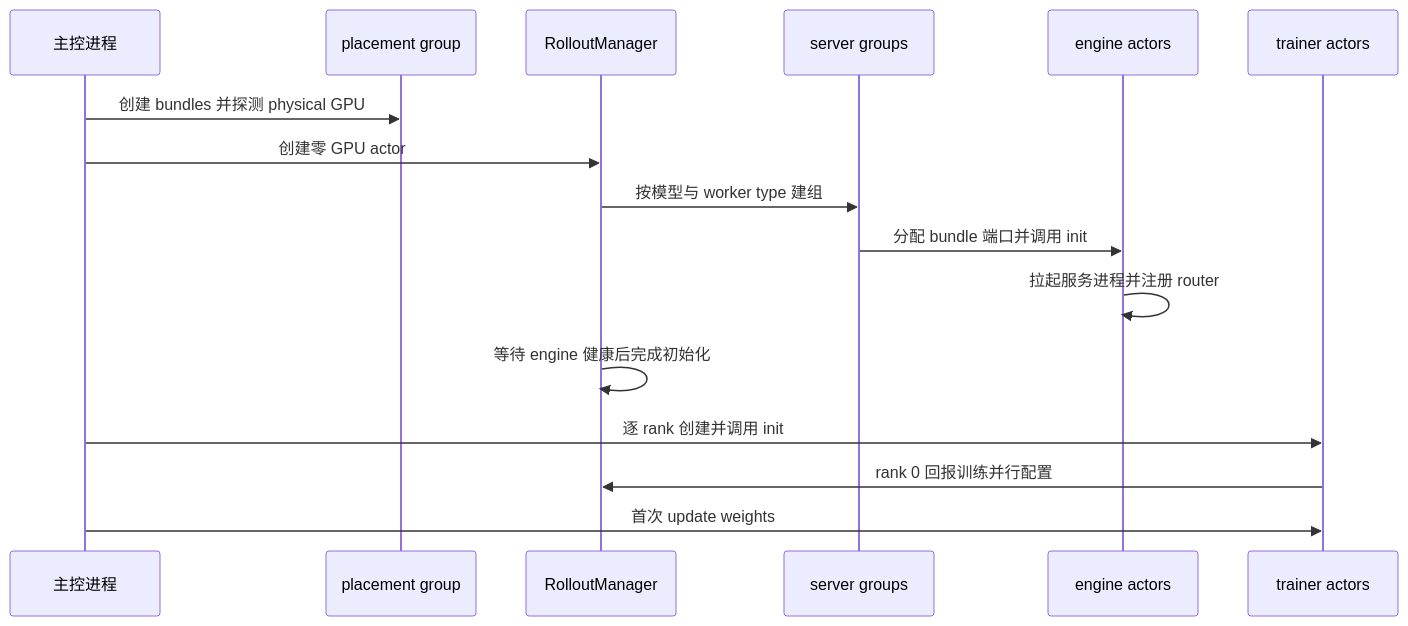
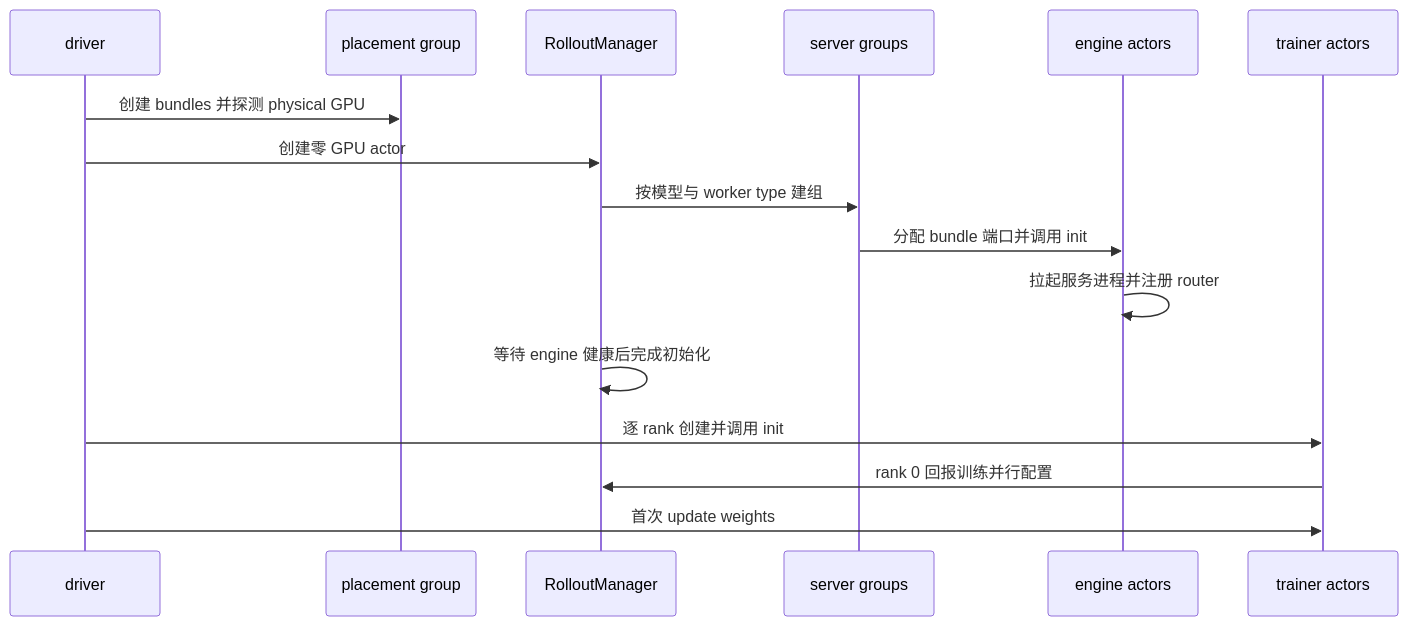
The third of 3 diagrams in wiki/02_engineering/04_posttrain_frameworks/slime/11_slime_ray_control_plane_analysis.md (suhaibo666/llm-knowledge), drawn with Mermaid before and after one commit. The commit also changed other lines of this file and 27 other files, not shown here.

````diff
--- a/wiki/02_engineering/04_posttrain_frameworks/slime/11_slime_ray_control_plane_analysis.md
+++ b/wiki/02_engineering/04_posttrain_frameworks/slime/11_slime_ray_control_plane_analysis.md
@@ -136,18 +158,18 @@
 ```mermaid
 sequenceDiagram
-    participant D as 主控进程
+    participant D as driver
     participant PG as placement group
     participant RM as RolloutManager
     participant SG as server groups
     participant EA as engine actors
     participant TA as trainer actors
     D->>PG: 创建 bundles 并探测 physical GPU
     D->>RM: 创建零 GPU actor
     RM->>SG: 按模型与 worker type 建组
     SG->>EA: 分配 bundle 端口并调用 init
     EA->>EA: 拉起服务进程并注册 router
     RM->>RM: 等待 engine 健康后完成初始化
     D->>TA: 逐 rank 创建并调用 init
     TA->>RM: rank 0 回报训练并行配置
     D->>TA: 首次 update weights
 ```
````
